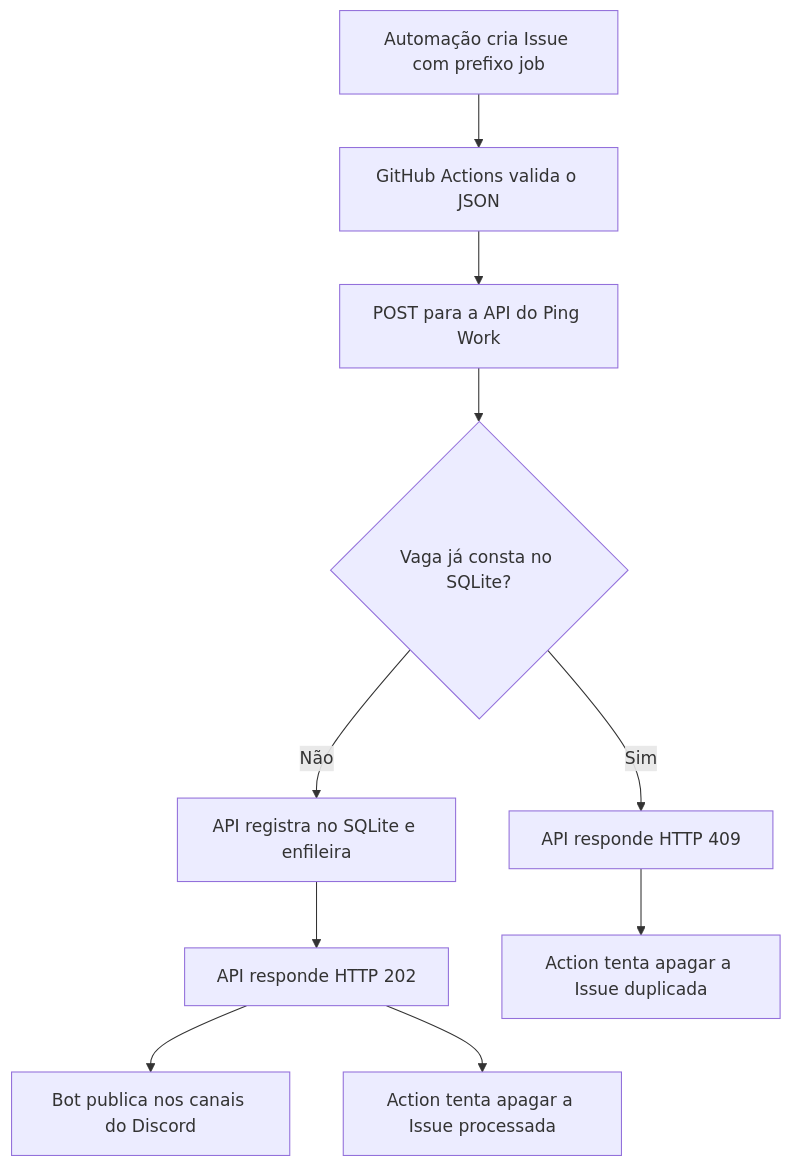
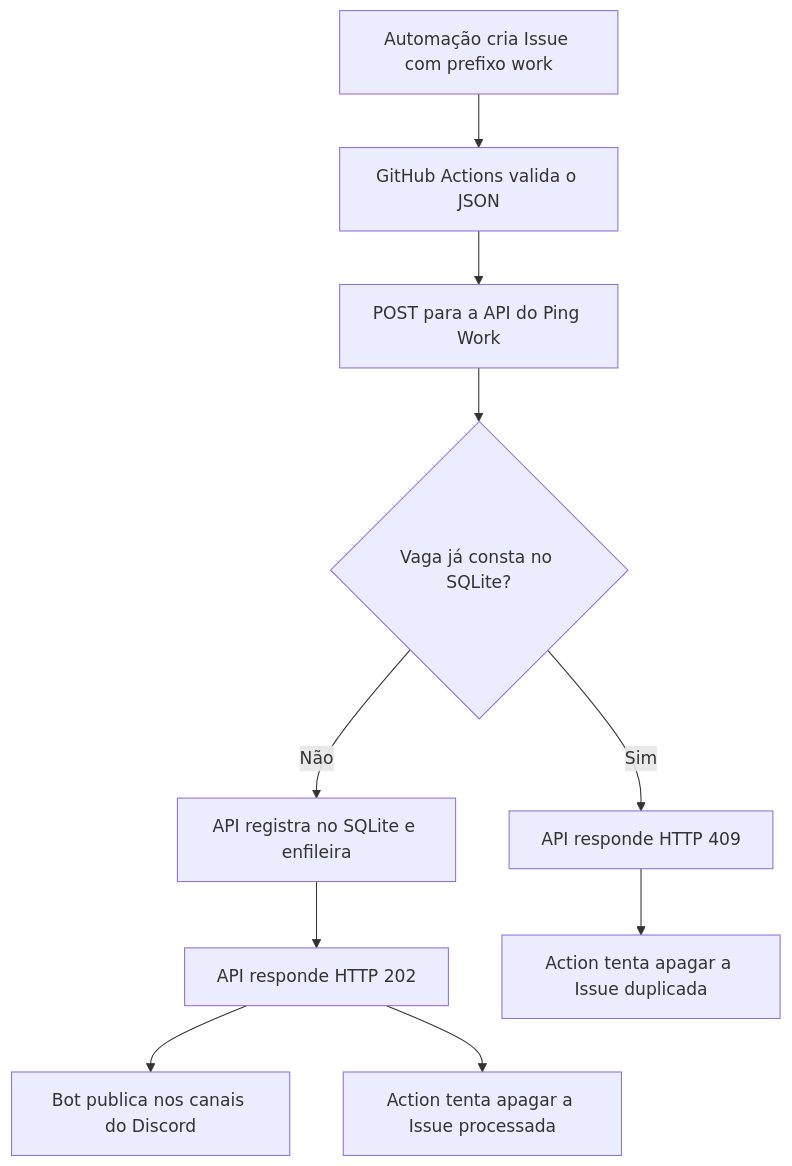
The diagram in readme.md (Zelchi/ping-jobs), drawn with Mermaid before and after one commit. The commit also changed other lines of this file and 5 other files, not shown here.

Commit message:
refactor: rename job references to work

````diff
--- a/readme.md
+++ b/readme.md
@@ -24,12 +24,12 @@
 ```mermaid
 flowchart TD
-    A[Automação cria Issue com prefixo job] --> B[GitHub Actions valida o JSON]
+    A[Automação cria Issue com prefixo work] --> B[GitHub Actions valida o JSON]
     B --> C[POST para a API do Ping Work]
     C --> D{Vaga já consta no SQLite?}
     D -- Sim --> E[API responde HTTP 409]
     D -- Não --> F[API registra no SQLite e enfileira]
     F --> G[API responde HTTP 202]
     G --> H[Bot publica nos canais do Discord]
     E --> I[Action tenta apagar a Issue duplicada]
     G --> J[Action tenta apagar a Issue processada]
 ```
````
